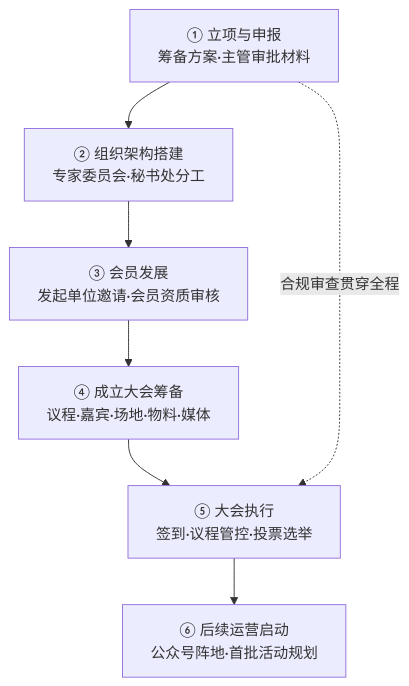
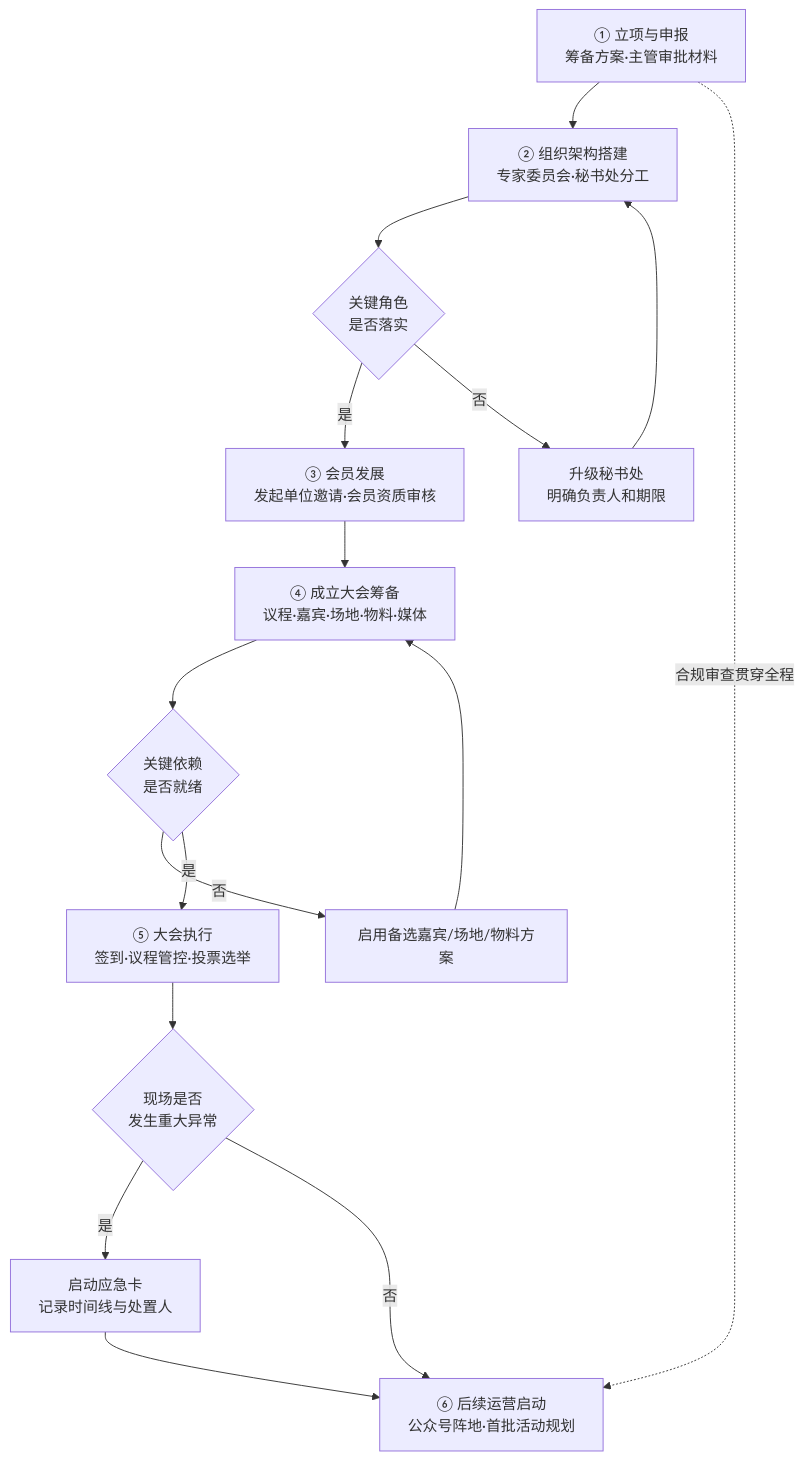
Before and after one commit to ChrysFu/institutional-content-ops: the first of 2 diagrams in workflows.md, drawn with Mermaid. The commit also changed other lines of this file and 16 other files, not shown here.

````diff
--- a/workflows.md
+++ b/workflows.md
@@ -8,9 +8,21 @@
 ```mermaid
 flowchart TD
     A[① 立项与申报<br/>筹备方案·主管审批材料] --> B[② 组织架构搭建<br/>专家委员会·秘书处分工]
-    B --> C[③ 会员发展<br/>发起单位邀请·会员资质审核]
+    C[③ 会员发展<br/>发起单位邀请·会员资质审核]
     C --> D[④ 成立大会筹备<br/>议程·嘉宾·场地·物料·媒体]
-    D --> E[⑤ 大会执行<br/>签到·议程管控·投票选举]
-    E --> F[⑥ 后续运营启动<br/>公众号阵地·首批活动规划]
-    A -.合规审查贯穿全程.-> E
+    E[⑤ 大会执行<br/>签到·议程管控·投票选举]
+    F[⑥ 后续运营启动<br/>公众号阵地·首批活动规划]
+    A -.合规审查贯穿全程.-> F
+    B --> role_check{关键角色<br/>是否落实}
+    role_check -- 是 --> C
+    role_check -- 否 --> role_escalation[升级秘书处<br/>明确负责人和期限]
+    role_escalation --> B
+    D --> dependency_check{关键依赖<br/>是否就绪}
+    dependency_check -- 否 --> contingency_plan[启用备选嘉宾/场地/物料方案]
+    contingency_plan --> D
+    dependency_check -- 是 --> E
+    E --> incident_check{现场是否<br/>发生重大异常}
+    incident_check -- 是 --> incident_response[启动应急卡<br/>记录时间线与处置人]
+    incident_response --> F
+    incident_check -- 否 --> F
 ```
````
